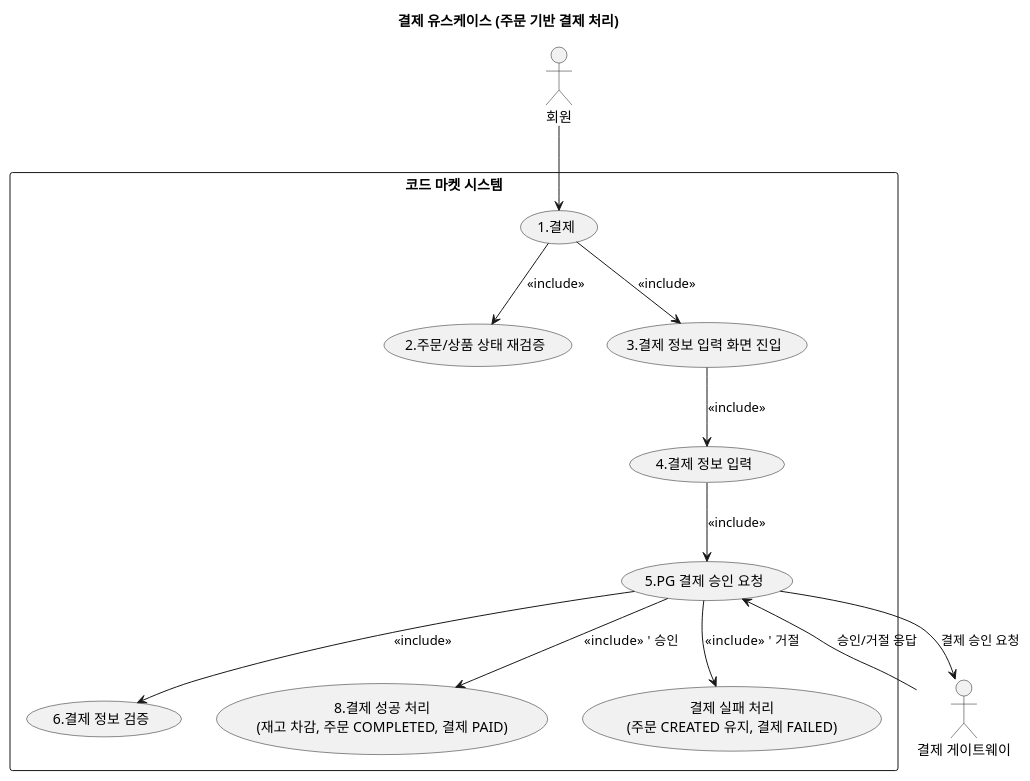
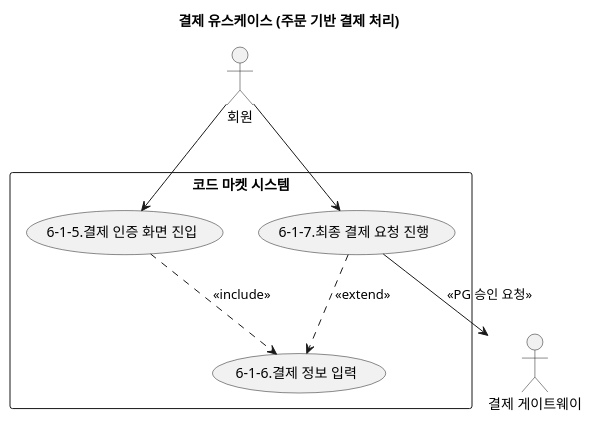
The diagram in docs/usecase/usecase_payment.puml (f-lab-edu/code-market), drawn with PlantUML before and after one commit. The commit also changed 5 other files, not shown here.

Commit message:
docs(usecase): usecase 넘버링 수정 - 기존 세부 카테고리 사항까지 모두 넘버링 추가 유저 시나리오와 다이어그램 1:1 넘버 배핑

```diff
--- a/docs/usecase/usecase_payment.puml
+++ b/docs/usecase/usecase_payment.puml
@@ -1,38 +1,21 @@
 @startuml
 title 결제 유스케이스 (주문 기반 결제 처리)
 
 actor "회원" as Member
 actor "결제 게이트웨이" as PG
 
 rectangle "코드 마켓 시스템" {
 '사용자 시나리오 (user_scenario.md 파일)의 기능별 시나리오 번호와 해당 다이어그램의 번호는 매핑되어 있습니다
-  usecase "1.결제" as UC_Pay
-  usecase "2.주문/상품 상태 재검증" as UC_VerifyBeforePay
-  usecase "3.결제 정보 입력 화면 진입" as UC_ShowPaymentForm
-  usecase "4.결제 정보 입력" as UC_SubmitPaymentForm
-  usecase "5.PG 결제 승인 요청" as UC_RequestPgApproval
-  usecase "6.결제 정보 검증" as UC_ValidatePaymentInput
-  usecase "8.결제 성공 처리\n(재고 차감, 주문 COMPLETED, 결제 PAID)" as UC_HandlePaymentSuccess
-  usecase "결제 실패 처리\n(주문 CREATED 유지, 결제 FAILED)" as UC_HandlePaymentFailure
+  usecase "6-1-5.결제 인증 화면 진입" as UC_EnterPaymentForm
+  usecase "6-1-6.결제 정보 입력" as UC_WritePaymentInformation
+  usecase "6-1-7.최종 결제 요청 진행" as UC_RequestPayment
 }
 
-' 상위 흐름
-Member --> UC_Pay
+Member --> UC_EnterPaymentForm
+Member --> UC_RequestPayment
 
-' 결제 시작 전 검증 및 폼 제공
-UC_Pay --> UC_VerifyBeforePay : <<include>>
-UC_Pay --> UC_ShowPaymentForm : <<include>>
-
-
-' 회원이 폼에서 결제 정보 입력 후 승인 요청
-UC_ShowPaymentForm --> UC_SubmitPaymentForm : <<include>>
-UC_RequestPgApproval --> UC_ValidatePaymentInput : <<include>>
-UC_SubmitPaymentForm --> UC_RequestPgApproval : <<include>>
-
-UC_RequestPgApproval --> PG : 결제 승인 요청
-PG --> UC_RequestPgApproval : 승인/거절 응답
-
-UC_RequestPgApproval --> UC_HandlePaymentSuccess : <<include>>  ' 승인
-UC_RequestPgApproval --> UC_HandlePaymentFailure : <<include>>  ' 거절
+UC_EnterPaymentForm ..> UC_WritePaymentInformation : <<include>>
+UC_RequestPayment ..> UC_WritePaymentInformation : <<extend>>
+UC_RequestPayment -->  PG : <<PG 승인 요청>>
 
 @enduml
```
